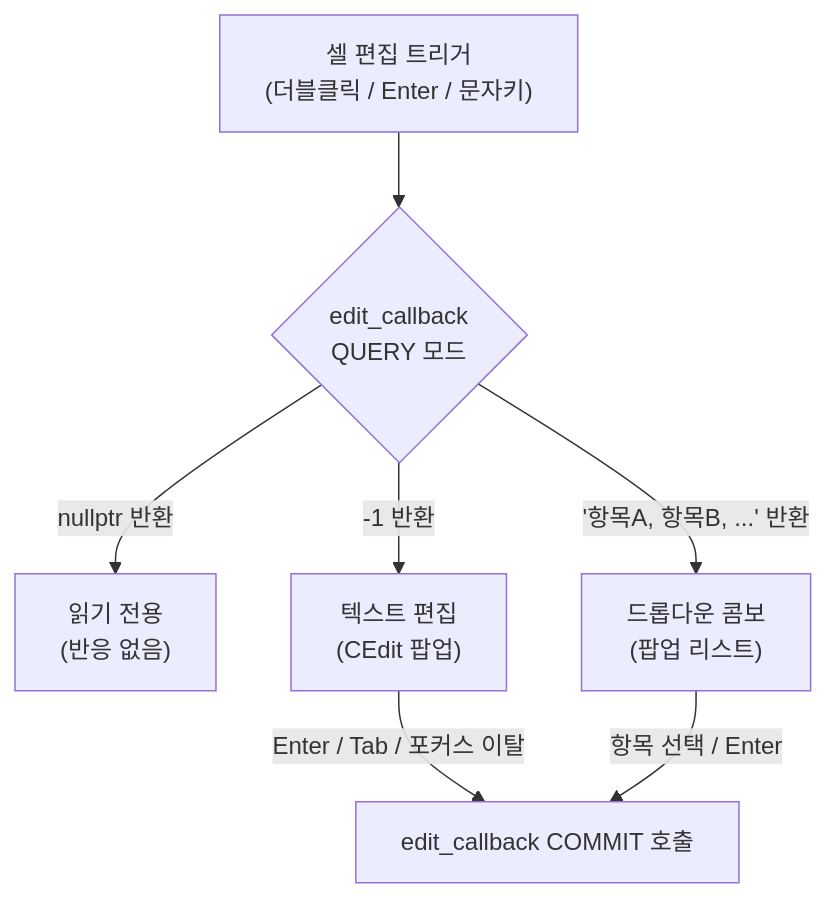
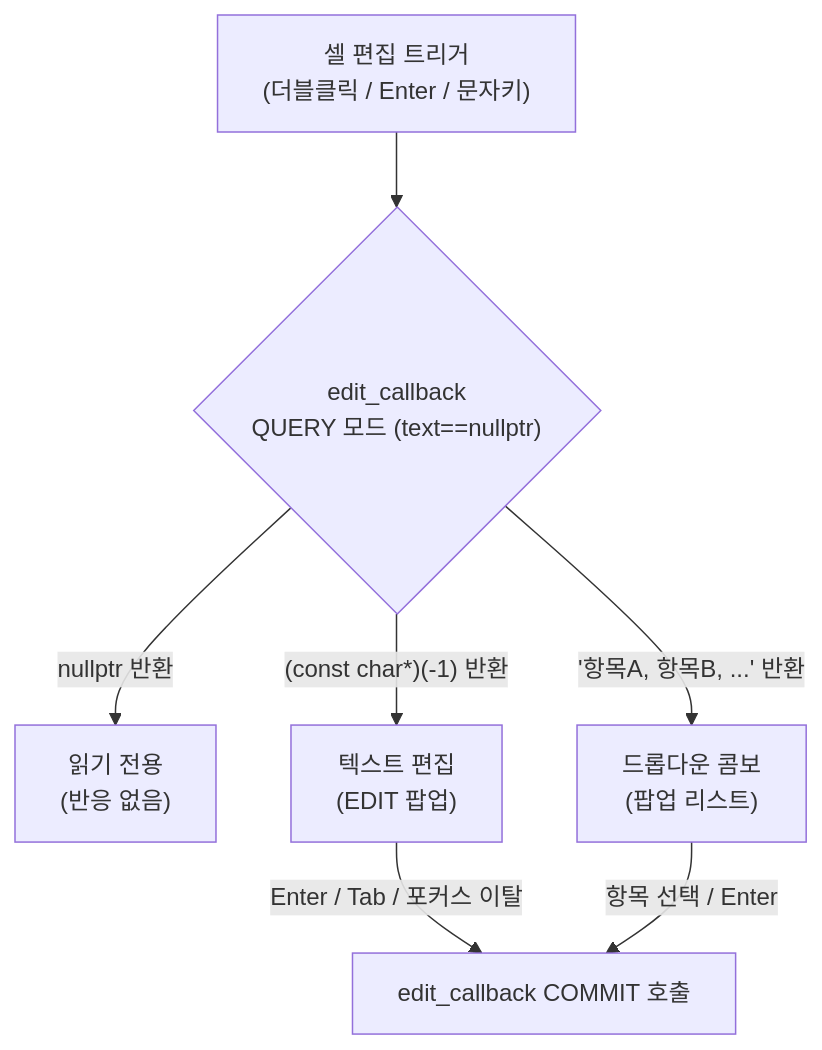
One commit to JungBai-Park/jbClass changed the ninth of 10 diagrams in Documents/jbBox Class Library 매뉴얼.md. Above: the diagram before and after it, drawn with Mermaid. The commit also changed other lines of this file and 11 other files, not shown here.

````diff
--- a/Documents/jbBox Class Library 매뉴얼.md
+++ b/Documents/jbBox Class Library 매뉴얼.md
@@ -546,9 +1265,9 @@
 ```mermaid
 graph TD
-    Trigger["셀 편집 트리거\n(더블클릭 / Enter / 문자키)"] --> Q{"edit_callback\nQUERY 모드"}
+    Trigger["셀 편집 트리거\n(더블클릭 / Enter / 문자키)"] --> Q{"edit_callback\nQUERY 모드 (text==nullptr)"}
     Q -->|"nullptr 반환"| RO["읽기 전용\n(반응 없음)"]
-    Q -->|"-1 반환"| TE["텍스트 편집\n(CEdit 팝업)"]
+    Q -->|"(const char*)(-1) 반환"| TE["텍스트 편집\n(EDIT 팝업)"]
     Q -->|"'항목A, 항목B, ...' 반환"| CO["드롭다운 콤보\n(팝업 리스트)"]
     TE -->|"Enter / Tab / 포커스 이탈"| Commit["edit_callback COMMIT 호출"]
     CO -->|"항목 선택 / Enter"| Commit
 ```
````
